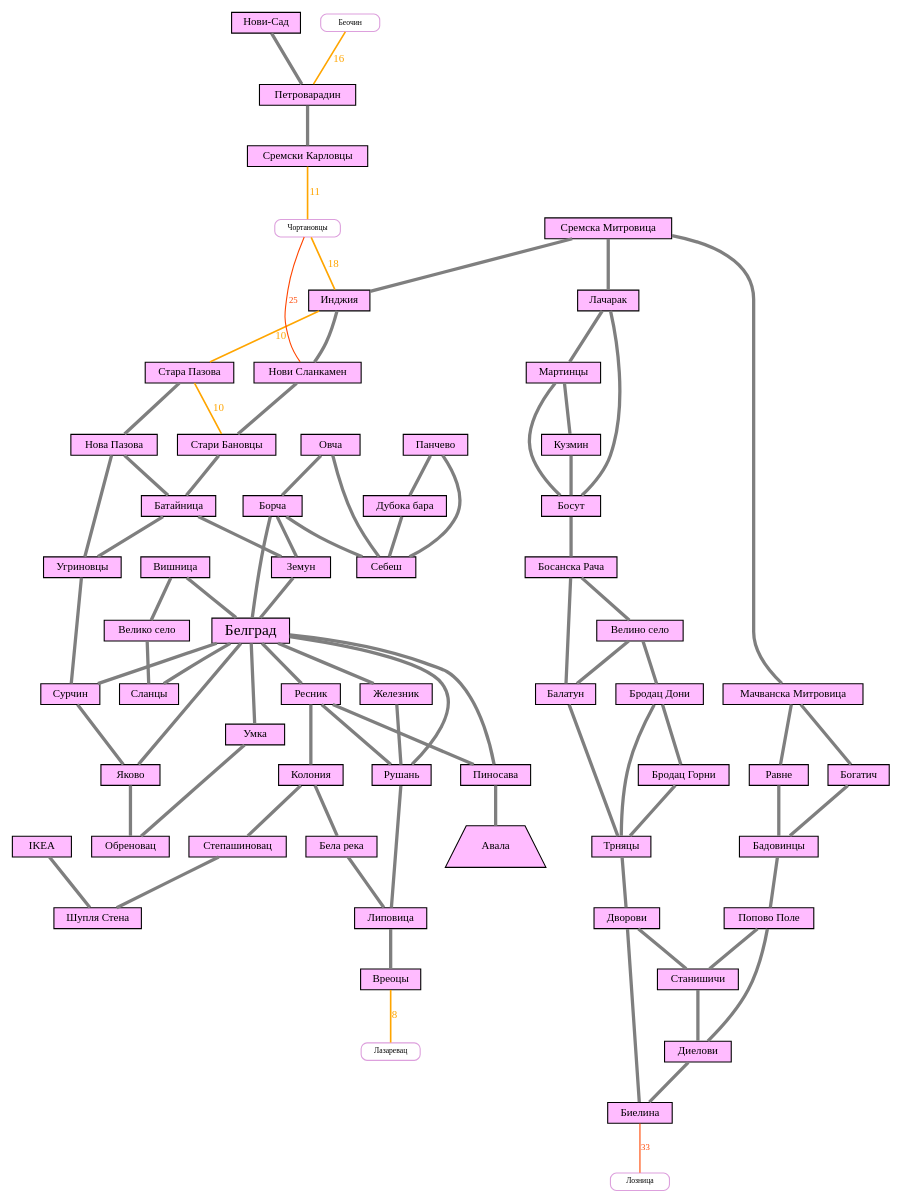
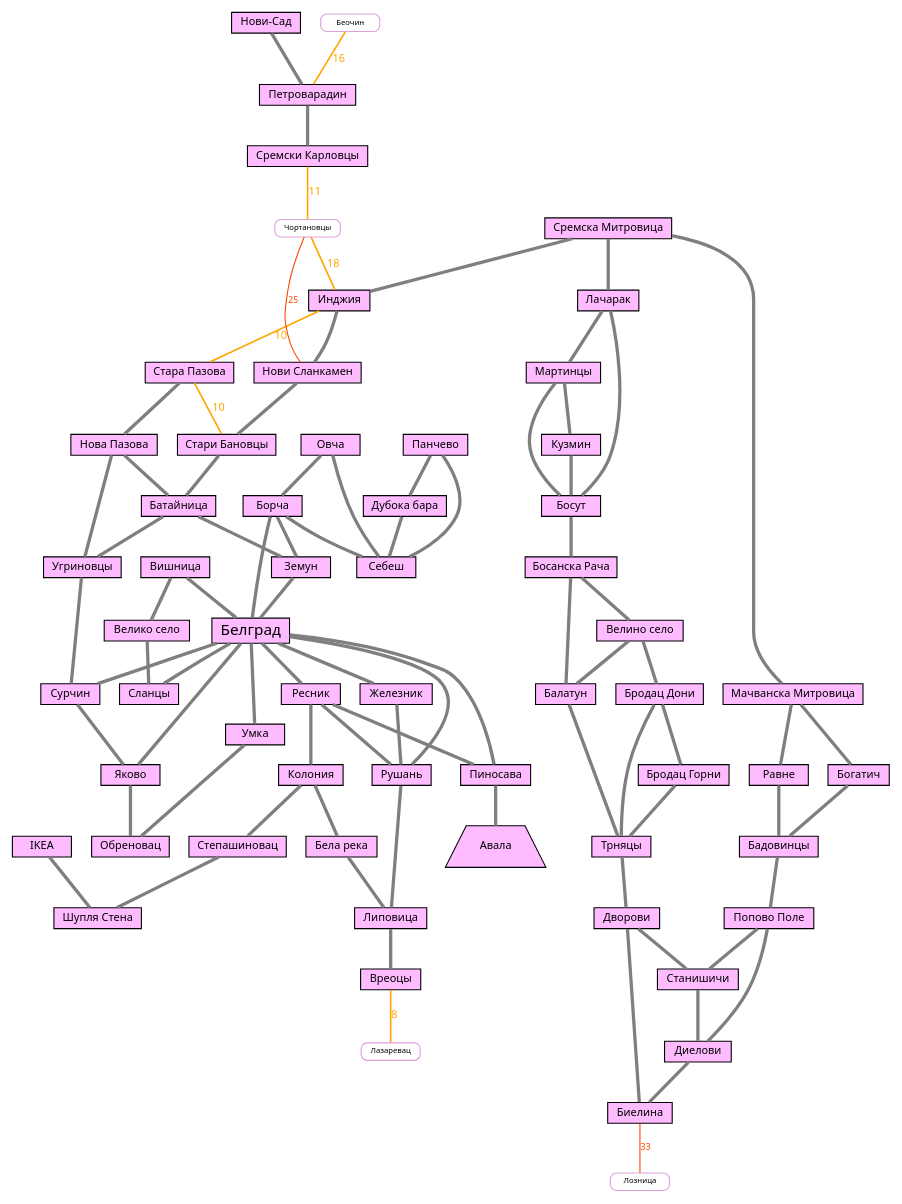
Before and after one commit to shoorick/bike-area: the diagram in serbia.dot, drawn with Graphviz. The commit also changed 1 other file, not shown here.

```diff
--- a/serbia.dot
+++ b/serbia.dot
@@ -1,75 +1,75 @@
 graph G {
-    node [ shape=box, fontsize=10, fontname="Droid Sans", style=filled, height=0.2 ]
-    edge [ color=gray50, penwidth=3, fontname="Droid Sans" ]
+    node [ shape=box, fontsize=10, fontname="Noto Sans,sans", style=filled, height=0.2 ]
+    edge [ color=gray50, penwidth=3, fontname="Noto Sans,sans" ]
     graph [ overlap=false ]
 
     subgraph belgrade {
     node [ fillcolor=plum1 ]
     Белград [ fontsize=14 ]
     Авала [shape=trapezium]
 
     "Стара Пазова" -- "Нова Пазова" -- Батайница -- Земун -- Белград
     Белград -- {Ресник Рушань Сланцы Сурчин}
     Вишница -- "Велико село" -- Сланцы
     Вишница -- Белград
     Ресник -- Рушань -- Липовица -- Вреоцы
     Ресник -- Пиносава
     Ресник -- Колония -- "Бела река" -- Липовица
     Колония -- Степашиновац -- "Шупля Стена"
     IKEA -- "Шупля Стена"
     Белград -- Пиносава -- Авала
     Белград -- Железник -- Рушань
     "Сремска Митровица" -- Инджия -- "Нови Сланкамен" -- "Стари Бановцы" -- Батайница
     "Нова Пазова" -- Угриновцы
     Батайница -- Угриновцы -- Сурчин -- Яково
     Овча -- Борча -- Белград -- Яково -- Обреновац
     Белград -- Умка -- Обреновац
     Овча -- Себеш
     Борча -- Себеш
     Борча -- Земун
     Панчево -- Себеш
     Панчево -- "Дубока бара" -- Себеш
 
     "Сремска Митровица" -- Лачарак -- Мартинцы -- Кузмин -- Босут
     Лачарак -- Босут
     Мартинцы -- Босут -- "Босанска Рача" -- Балатун -- Трняцы
     "Босанска Рача" -- "Велино село" -- "Бродац Дони" -- "Бродац Горни" -- Трняцы
     "Велино село" -- Балатун
     "Бродац Дони" -- Трняцы -- Дворови -- Биелина
     Дворови -- Станишичи -- Диелови -- Биелина
     "Сремска Митровица" -- "Мачванска Митровица" -- { Равне Богатич } -- Бадовинцы
     Бадовинцы -- "Попово Поле" -- Станишичи
     "Попово Поле" -- Диелови
 
     "Нови-Сад" -- Петроварадин -- "Сремски Карловцы"
 }
 
 subgraph failed {
     node [ shape=Mrecord,fillcolor=white,color=plum,fontsize=7, height=0.1 ]
 
     // Ближайшие — можно пройти за час, до 15-20 км
     edge [ color=orange, fontcolor=orange, fontsize=10, penwidth=1.5 ]
     Инджия -- "Стара Пазова" [ label=10 ]
     "Стара Пазова" -- "Стари Бановцы" [ label=10 ]
     Вреоцы -- Лазаревац [ label=8 ]
 
     Беочин -- Петроварадин [ label=16 ]
     "Сремски Карловцы" -- Чортановцы [ label=11 ]
     Чортановцы -- Инджия [ label=18 ]
 
     // Ближние, до 40 км
     edge [ color=orangered, fontcolor=orangered, fontsize=8, penwidth=1 ]
     Чортановцы -- "Нови Сланкамен" [ label=25 ]
     Биелина -- Лозница [ label=33 ]
 
     // Средние — можно пройти за день
     // edge [ color=red, fontcolor=red, style="dashed" ]
 
     // Дальние (от 100 км)
     //edge [ color=plum, fontcolor=plum, style="dotted" ]
 
     // Самые дальние — нереально проехать
     // edge [ color=skyblue, fontcolor=skyblue ]
 }
 
 }
```
